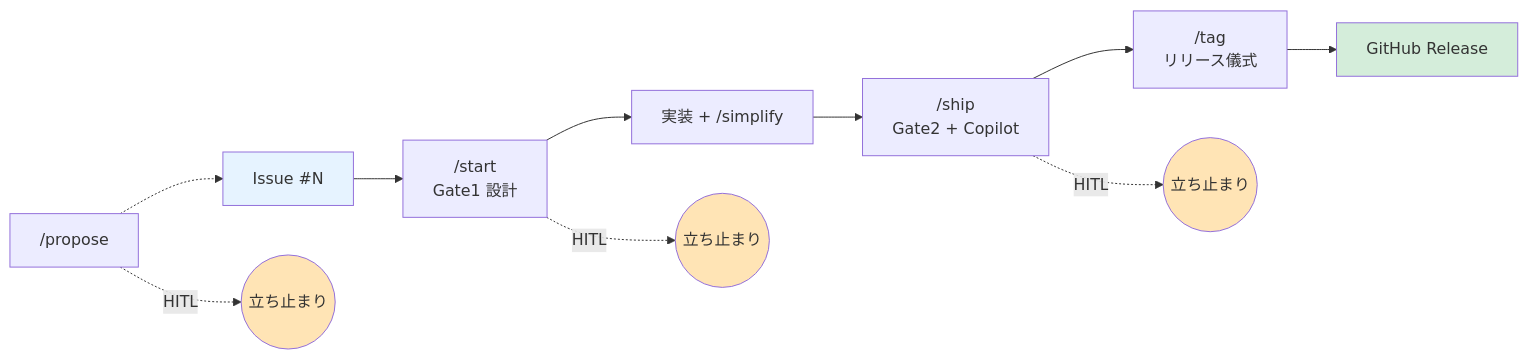
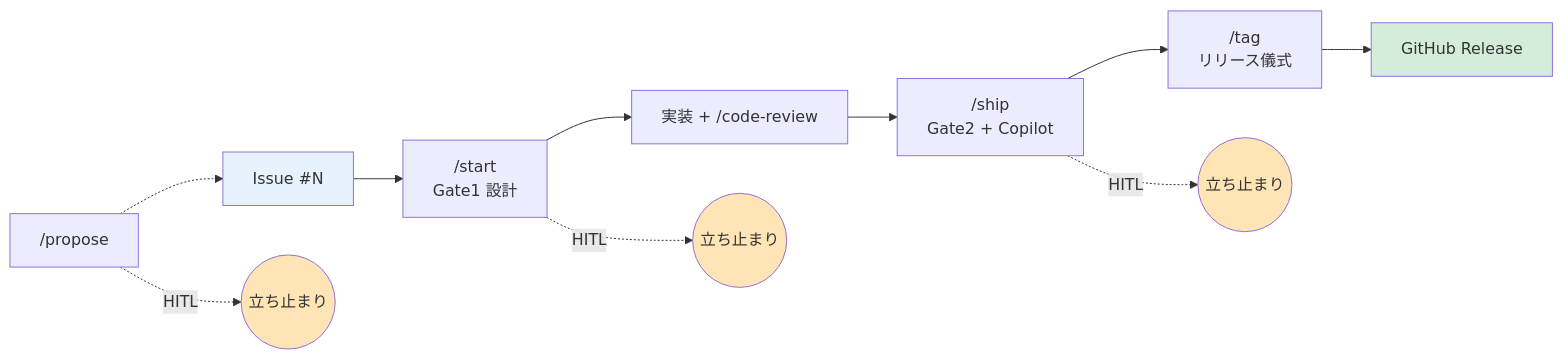
The diagram in README.ja.md (JFK/gh-issue-driven), drawn with Mermaid before and after one commit. The commit also changed other lines of this file and 2 other files, not shown here.

First line of the commit message:
docs: migrate `/simplify` references to `/code-review` in start.md and READMEs (#67) (#70)

````diff
--- a/README.ja.md
+++ b/README.ja.md
@@ -13,19 +13,19 @@
 ```mermaid
 graph LR
     P["/propose"] -.-> I[Issue #N]
     I --> S["/start<br/>Gate1 設計"]
-    S --> IMP["実装 + /simplify"]
+    S --> IMP["実装 + /code-review"]
     IMP --> SH["/ship<br/>Gate2 + Copilot"]
     SH --> T["/tag<br/>リリース儀式"]
     T --> R[GitHub Release]
 
     P -.HITL.-> H0((立ち止まり))
     S -.HITL.-> H1((立ち止まり))
     SH -.HITL.-> H2((立ち止まり))
 
     style H0 fill:#ffe4b5
     style H1 fill:#ffe4b5
     style H2 fill:#ffe4b5
     style I fill:#e6f3ff
     style R fill:#d4edda
 ```
````
